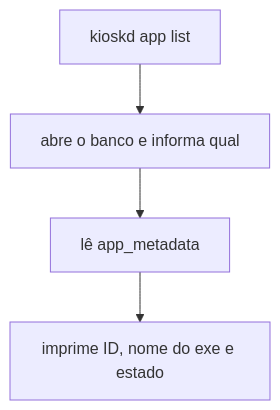
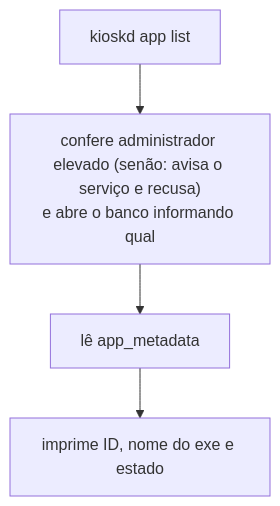
Before and after one commit to jefersonlop3s/kiosk-engine: diagram 12 of 28 in docs/architecture/fluxos-dos-comandos.md, drawn with Mermaid. The commit also changed other lines of this file and 22 other files, not shown here.

````diff
--- a/docs/architecture/fluxos-dos-comandos.md
+++ b/docs/architecture/fluxos-dos-comandos.md
@@ -194,6 +196,6 @@
 ```mermaid
 flowchart TD
-    A["kioskd app list"] --> B["abre o banco e informa qual"]
+    A["kioskd app list"] --> B["confere administrador elevado (senão: avisa o serviço e recusa)<br/>e abre o banco informando qual"]
     B --> C["lê app_metadata"]
     C --> D["imprime ID, nome do exe e estado"]
 ```
````
